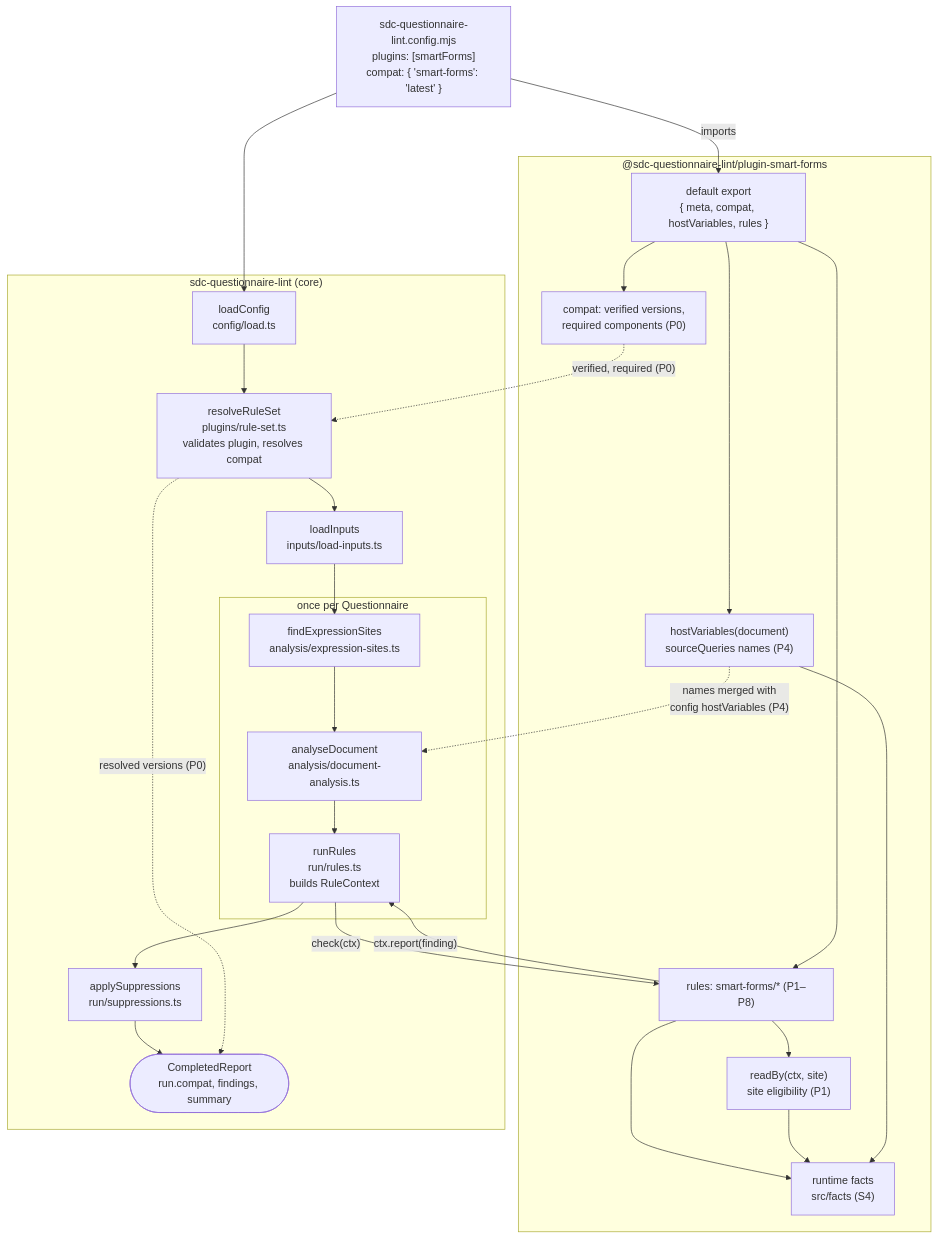
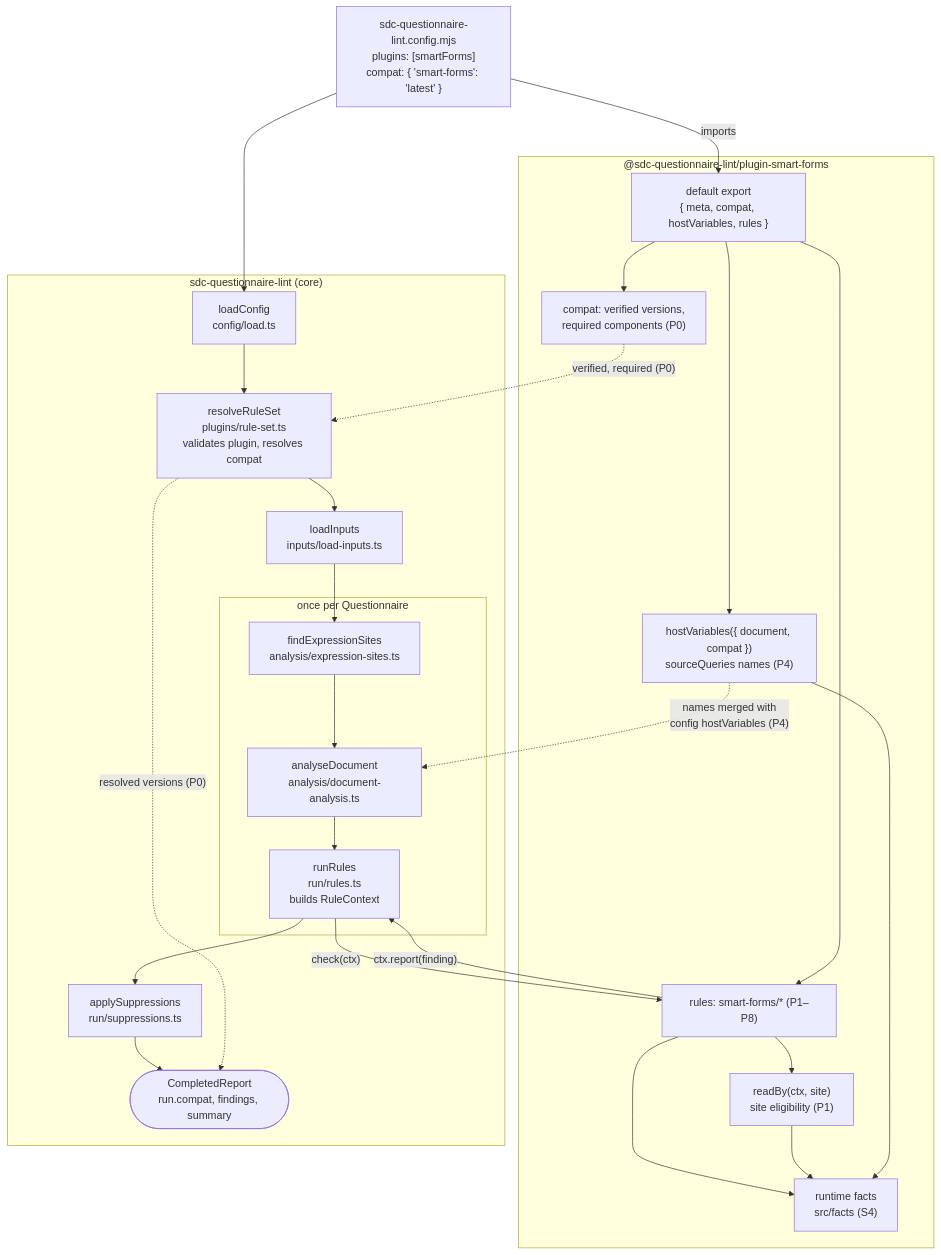
Before and after one commit to aehrc/sdc-questionnaire-lint: the first of 3 diagrams in docs/smart-forms-rules.md, drawn with Mermaid. The commit also changed other lines of this file and 3 other files, not shown here.

````diff
--- a/docs/smart-forms-rules.md
+++ b/docs/smart-forms-rules.md
@@ -65,40 +66,40 @@
 ```mermaid
 flowchart TD
   config["sdc-questionnaire-lint.config.mjs<br/>plugins: [smartForms]<br/>compat: { 'smart-forms': 'latest' }"]
 
   subgraph plugin["@sdc-questionnaire-lint/plugin-smart-forms"]
     entry["default export<br/>{ meta, compat, hostVariables, rules }"]
     versions["compat: verified versions,<br/>required components (P0)"]
-    hook["hostVariables(document)<br/>sourceQueries names (P4)"]
+    hook["hostVariables({ document, compat })<br/>sourceQueries names (P4)"]
     rules["rules: smart-forms/* (P1–P8)"]
     eligible["readBy(ctx, site)<br/>site eligibility (P1)"]
     facts["runtime facts<br/>src/facts (S4)"]
     entry --> versions
     entry --> hook
     entry --> rules
     rules --> eligible
     rules --> facts
     eligible --> facts
     hook --> facts
   end
 
   subgraph core["sdc-questionnaire-lint (core)"]
     loadConfig["loadConfig<br/>config/load.ts"] --> resolveRuleSet["resolveRuleSet<br/>plugins/rule-set.ts<br/>validates plugin, resolves compat"]
     resolveRuleSet --> loadInputs["loadInputs<br/>inputs/load-inputs.ts"]
     loadInputs --> sites
     subgraph perDocument["once per Questionnaire"]
       sites["findExpressionSites<br/>analysis/expression-sites.ts"] --> analyse["analyseDocument<br/>analysis/document-analysis.ts"]
       analyse --> runRules["runRules<br/>run/rules.ts<br/>builds RuleContext"]
     end
     runRules --> suppress["applySuppressions<br/>run/suppressions.ts"]
     suppress --> report(["CompletedReport<br/>run.compat, findings, summary"])
   end
 
   config -->|"imports"| entry
   config --> loadConfig
   versions -.->|"verified, required (P0)"| resolveRuleSet
   resolveRuleSet -.->|"resolved versions (P0)"| report
   hook -.->|"names merged with<br/>config hostVariables (P4)"| analyse
   runRules -->|"check(ctx)"| rules
   rules -->|"ctx.report(finding)"| runRules
 ```
````
